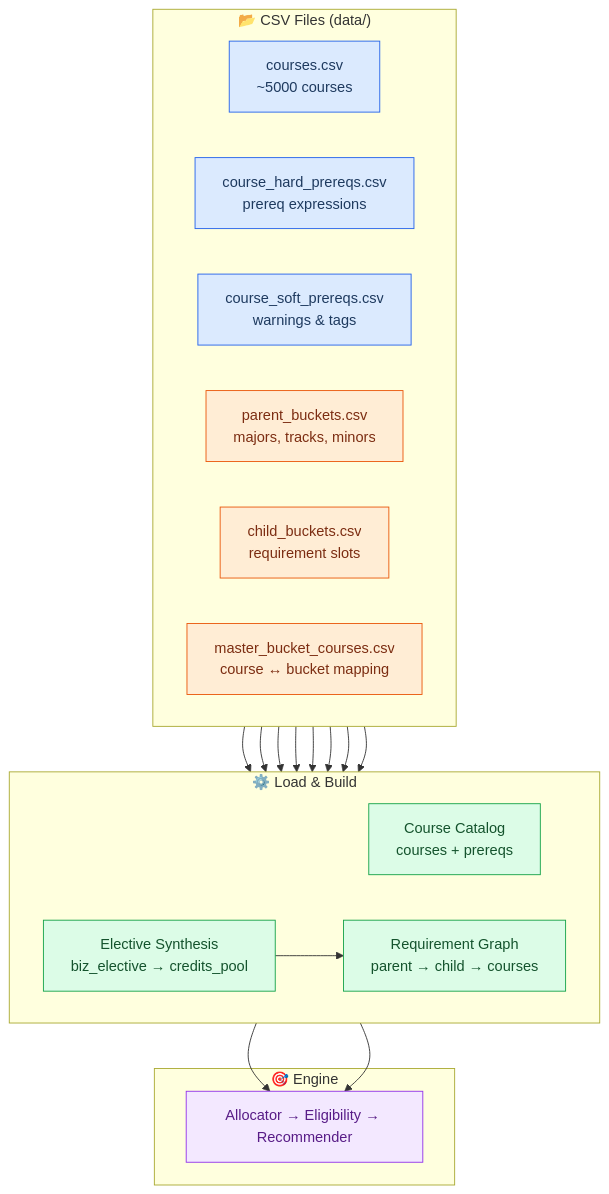
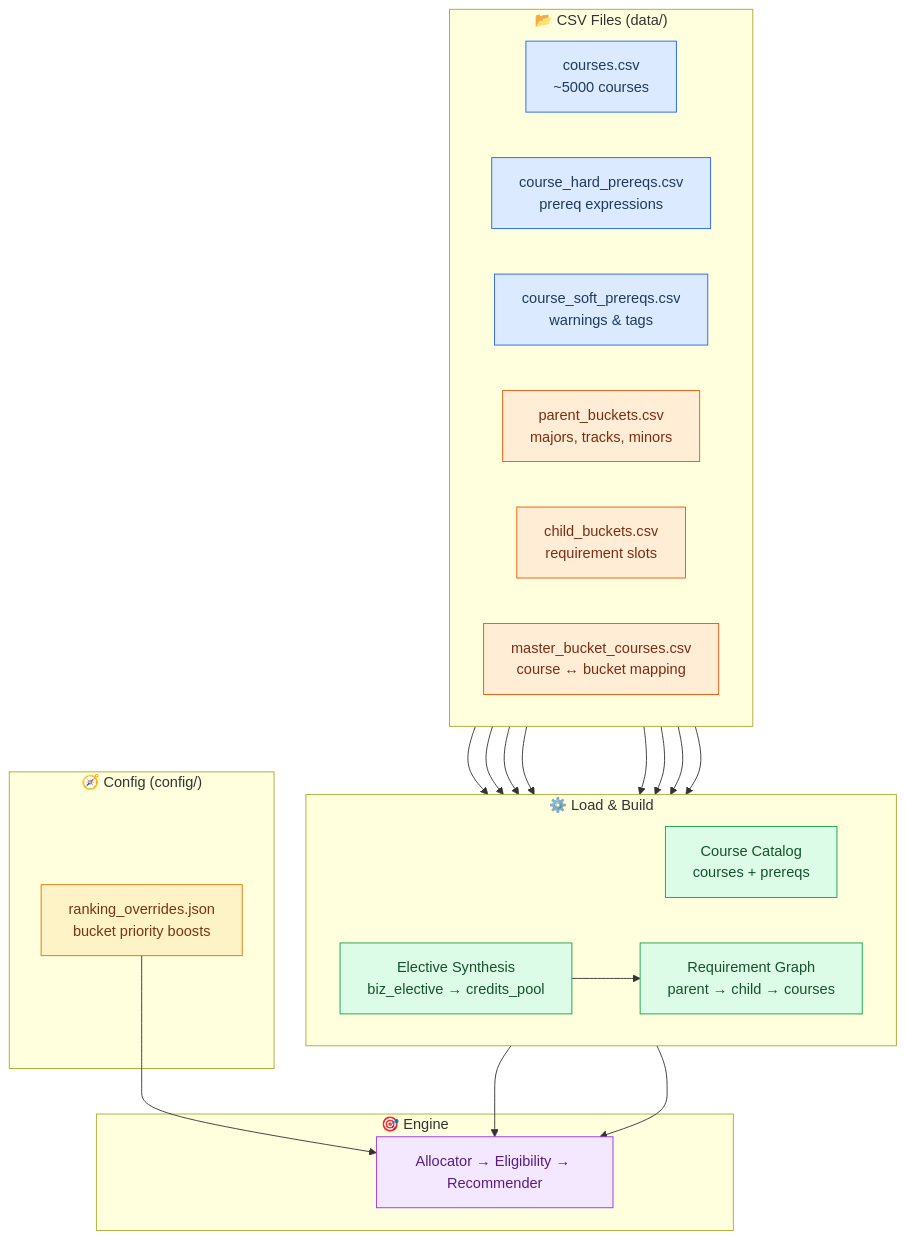
The first of 2 diagrams in data/data_model.md (markiengo/marqbot), drawn with Mermaid before and after one commit. The commit also changed other lines of this file and 18 other files, not shown here.

Commit message:
Add nightly auto-tune reporting flow

````diff
--- a/data/data_model.md
+++ b/data/data_model.md
@@ -10,38 +11,45 @@
 ```mermaid
 flowchart TD
     classDef blue fill:#dbeafe,stroke:#2563eb,color:#1e3a5f
     classDef green fill:#dcfce7,stroke:#16a34a,color:#14532d
     classDef orange fill:#ffedd5,stroke:#ea580c,color:#7c2d12
     classDef purple fill:#f3e8ff,stroke:#9333ea,color:#581c87
+    classDef yellow fill:#fef3c7,stroke:#d97706,color:#78350f
 
     subgraph CSV["📂 CSV Files (data/)"]
         direction LR
         C["courses.csv\n~5000 courses"]
         HP["course_hard_prereqs.csv\nprereq expressions"]
         SP["course_soft_prereqs.csv\nwarnings & tags"]
         PB["parent_buckets.csv\nmajors, tracks, minors"]
         CB["child_buckets.csv\nrequirement slots"]
         MBC["master_bucket_courses.csv\ncourse ↔ bucket mapping"]
     end
 
     subgraph BUILD["⚙️ Load & Build"]
         direction LR
         RC["Course Catalog\ncourses + prereqs"]
         BG["Requirement Graph\nparent → child → courses"]
         DYN["Elective Synthesis\nbiz_elective → credits_pool"]
     end
 
+    subgraph CONFIG["🧭 Config (config/)"]
+        CFG["ranking_overrides.json\nbucket priority boosts"]
+    end
+
     subgraph ENGINE["🎯 Engine"]
         ENG["Allocator → Eligibility → Recommender"]
     end
 
     C & HP & SP --> RC
     PB & CB & MBC --> BG
     C & CB --> DYN --> BG
+    CFG --> ENG
     RC & BG --> ENG
 
     class C,HP,SP blue
     class PB,CB,MBC orange
     class RC,BG,DYN green
     class ENG purple
+    class CFG yellow
 ```
````
